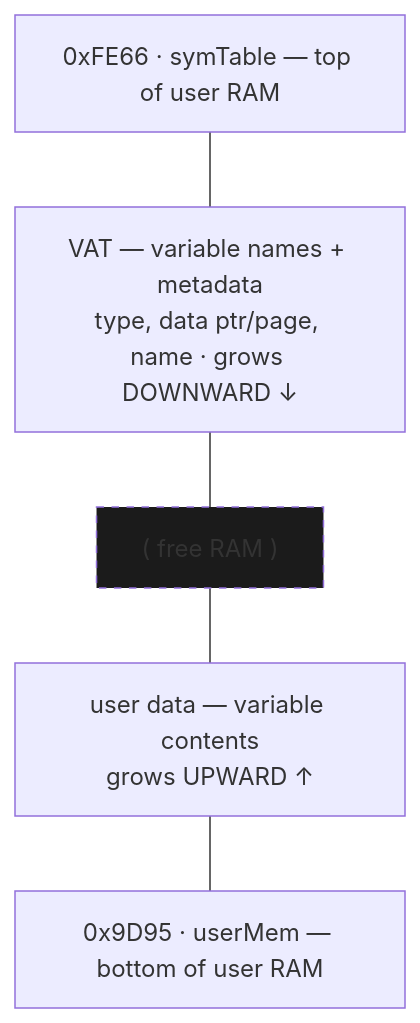
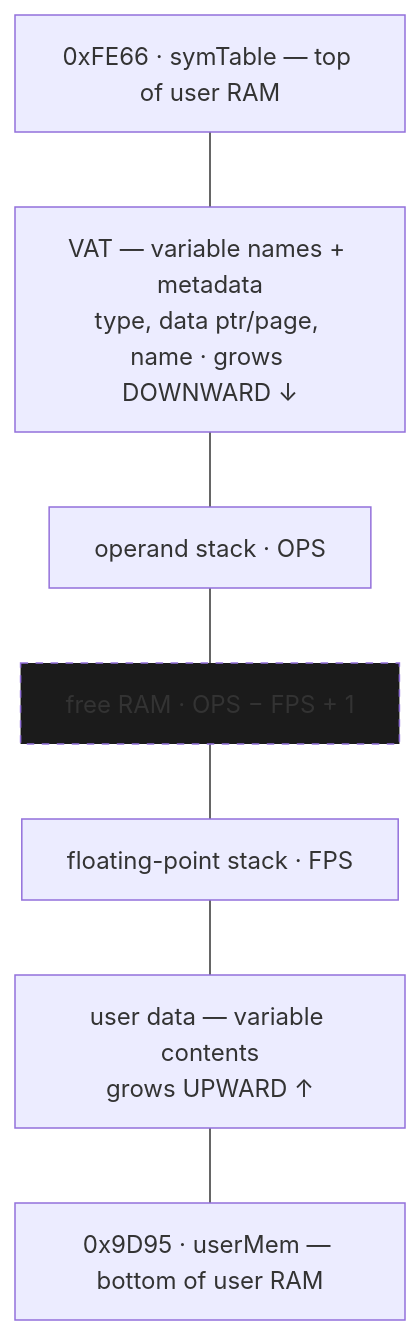
The diagram in docs/memory-management.md (siraben/ti84p-re), drawn with Mermaid before and after one commit. The commit also changed 10 other files, not shown here.

Commit message:
Correct the algorithms and data flow shown in the wiki diagrams

````diff
--- a/docs/memory-management.md
+++ b/docs/memory-management.md
@@ -11,10 +11,12 @@
 ```mermaid
 flowchart TB
     A["0xFE66 · symTable — top of user RAM"]
     B["VAT — variable names + metadata<br/>type, data ptr/page, name · grows DOWNWARD ↓"]
-    C["( free RAM )"]
+    O["operand stack · OPS"]
+    C["free RAM · OPS − FPS + 1"]
+    F["floating-point stack · FPS"]
     D["user data — variable contents<br/>grows UPWARD ↑"]
     E["0x9D95 · userMem — bottom of user RAM"]
-    A --- B --- C --- D --- E
+    A --- B --- O --- C --- F --- D --- E
     style C fill:#1b1b1b,stroke-dasharray:5 5
 ```
````
